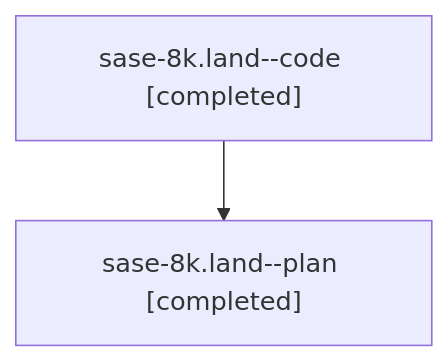
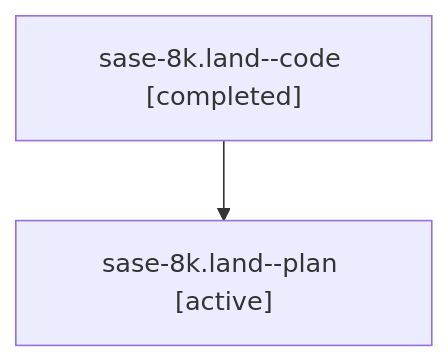
One commit to sase-org/sase--agents changed the diagram in families/bbugyi200.athena.sase-8k.land.md. Above: the diagram before and after it, drawn with Mermaid. The commit also changed other lines of this file and 8679 other files, not shown here.

````diff
--- a/families/bbugyi200.athena.sase-8k.land.md
+++ b/families/bbugyi200.athena.sase-8k.land.md
@@ -9,6 +9,6 @@
 ```mermaid
 flowchart TD
   n0["sase-8k.land--code [completed]"]
-  n1["sase-8k.land--plan [completed]"]
+  n1["sase-8k.land--plan [active]"]
   n0 --> n1
 ```
````
